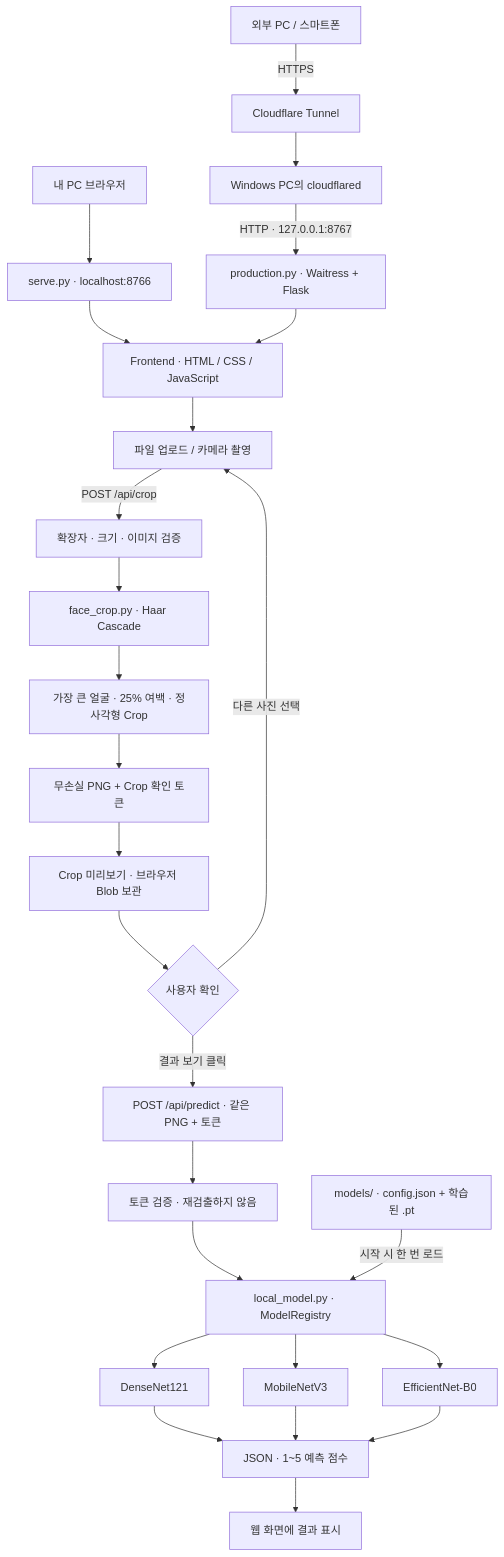
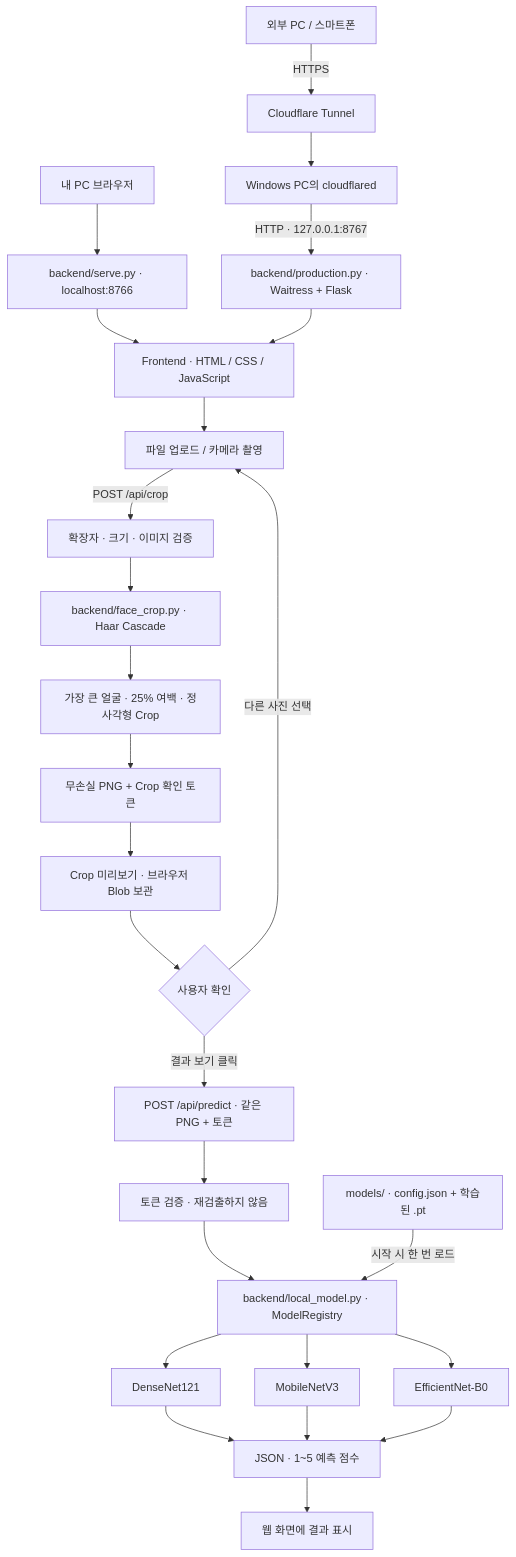
One commit to dada303/image_attractive_visionProject changed the diagram in face_score_web/README.md. Above: the diagram before and after it, drawn with Mermaid. The commit also changed other lines of this file and 24 other files, not shown here.

````diff
--- a/face_score_web/README.md
+++ b/face_score_web/README.md
@@ -14,28 +14,28 @@
 ```mermaid
 flowchart TD
-    LOCAL["내 PC 브라우저"] --> DEV["serve.py · localhost:8766"]
+    LOCAL["내 PC 브라우저"] --> DEV["backend/serve.py · localhost:8766"]
     REMOTE["외부 PC / 스마트폰"] -->|HTTPS| CF["Cloudflare Tunnel"]
     CF --> AGENT["Windows PC의 cloudflared"]
-    AGENT -->|HTTP · 127.0.0.1:8767| PROD["production.py · Waitress + Flask"]
+    AGENT -->|HTTP · 127.0.0.1:8767| PROD["backend/production.py · Waitress + Flask"]
     DEV --> UI["Frontend · HTML / CSS / JavaScript"]
     PROD --> UI
     UI --> INPUT["파일 업로드 / 카메라 촬영"]
     INPUT -->|POST /api/crop| VALIDATE["확장자 · 크기 · 이미지 검증"]
-    VALIDATE --> HAAR["face_crop.py · Haar Cascade"]
+    VALIDATE --> HAAR["backend/face_crop.py · Haar Cascade"]
     HAAR --> BOX["가장 큰 얼굴 · 25% 여백 · 정사각형 Crop"]
     BOX --> PNG["무손실 PNG + Crop 확인 토큰"]
     PNG --> PREVIEW["Crop 미리보기 · 브라우저 Blob 보관"]
     PREVIEW --> CHECK{"사용자 확인"}
     CHECK -->|다른 사진 선택| INPUT
     CHECK -->|결과 보기 클릭| API["POST /api/predict · 같은 PNG + 토큰"]
     API --> VERIFY["토큰 검증 · 재검출하지 않음"]
-    VERIFY --> REG["local_model.py · ModelRegistry"]
+    VERIFY --> REG["backend/local_model.py · ModelRegistry"]
     WEIGHTS["models/ · config.json + 학습된 .pt"] -->|시작 시 한 번 로드| REG
     REG --> DENSE["DenseNet121"]
     REG --> MOBILE["MobileNetV3"]
     REG --> EFFICIENT["EfficientNet-B0"]
     DENSE --> RESULT["JSON · 1~5 예측 점수"]
     MOBILE --> RESULT
     EFFICIENT --> RESULT
     RESULT --> DISPLAY["웹 화면에 결과 표시"]
 ```
````
